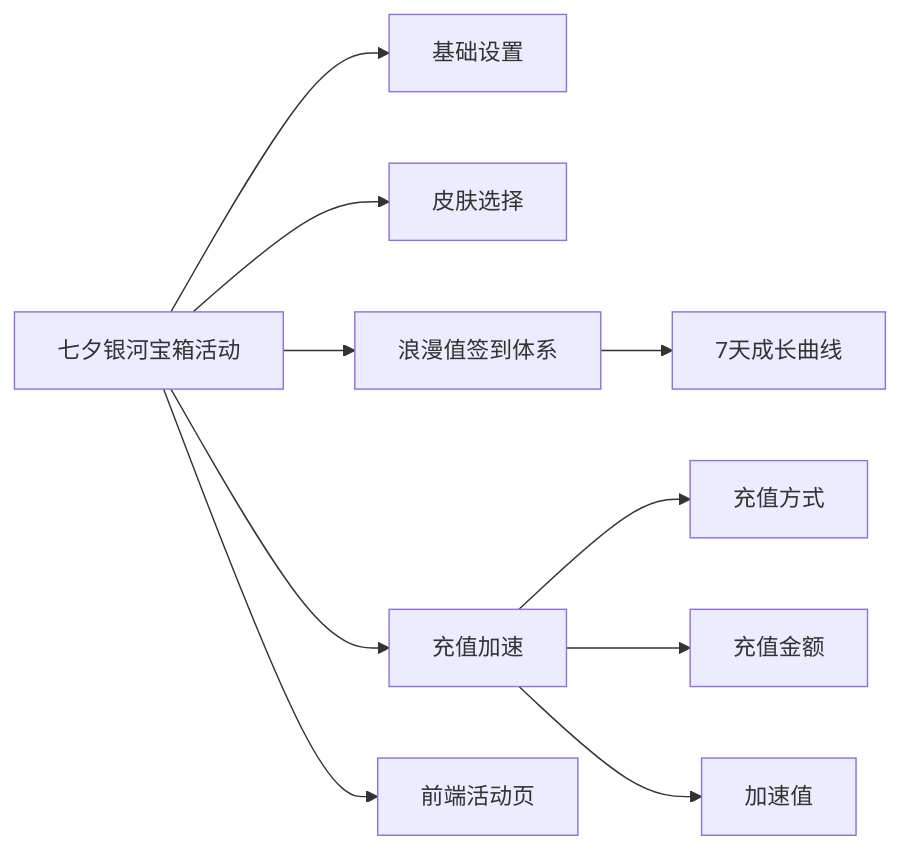
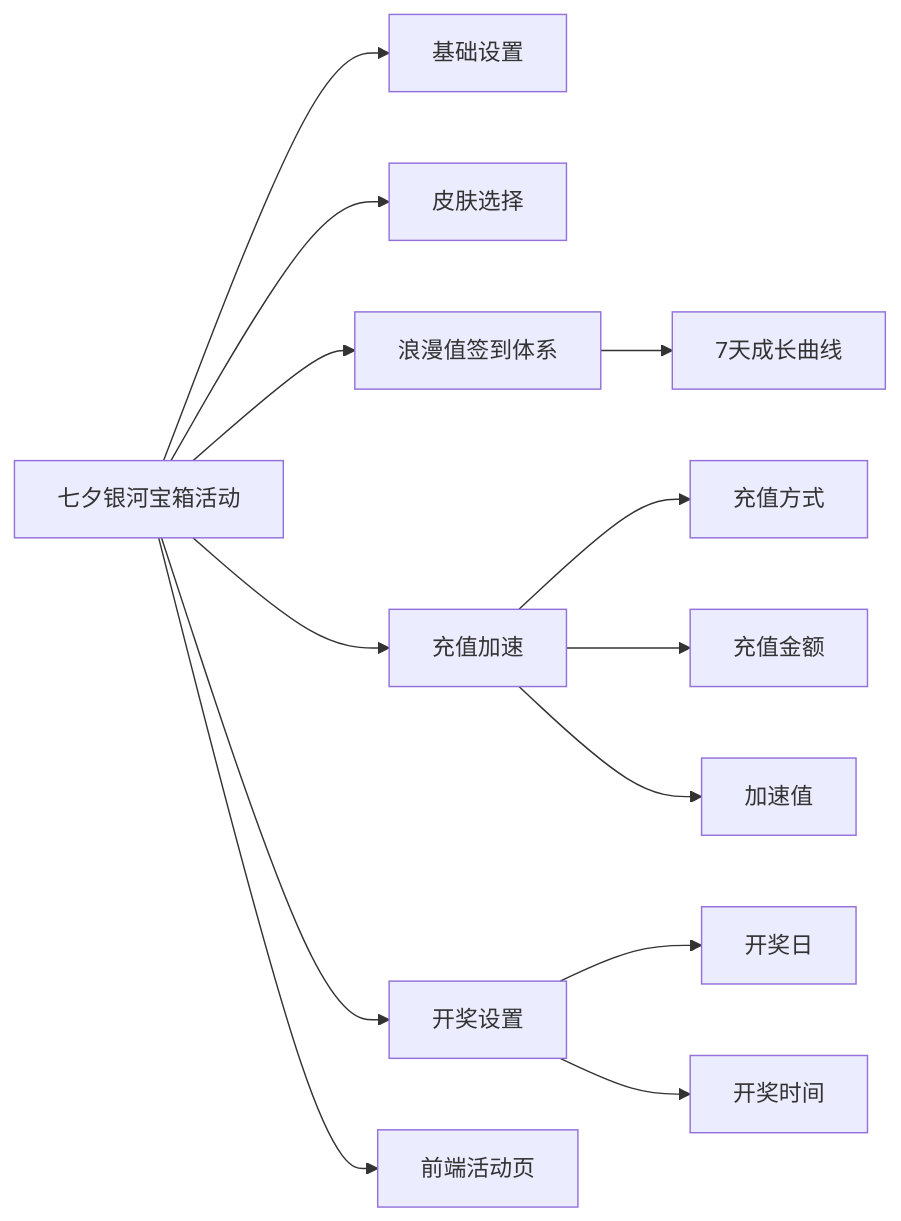
One commit to bala-luoluo/M3 changed the fifth of 5 diagrams in PRD_qixi_galaxy_box_activity_2026-07-31.md. Above: the diagram before and after it, drawn with Mermaid. The commit also changed other lines of this file and 1 other file, not shown here.

````diff
--- a/PRD_qixi_galaxy_box_activity_2026-07-31.md
+++ b/PRD_qixi_galaxy_box_activity_2026-07-31.md
@@ -216,13 +229,16 @@
 ```mermaid
 flowchart LR
     A[七夕银河宝箱活动] --> B[基础设置]
     A --> C[皮肤选择]
     A --> D[浪漫值签到体系]
     A --> E[充值加速]
-    A --> F[前端活动页]
+    A --> F[开奖设置]
+    A --> G[前端活动页]
 
     D --> D1[7天成长曲线]
     E --> E1[充值方式]
     E --> E2[充值金额]
     E --> E3[加速值]
+    F --> F1[开奖日]
+    F --> F2[开奖时间]
 ```
````
